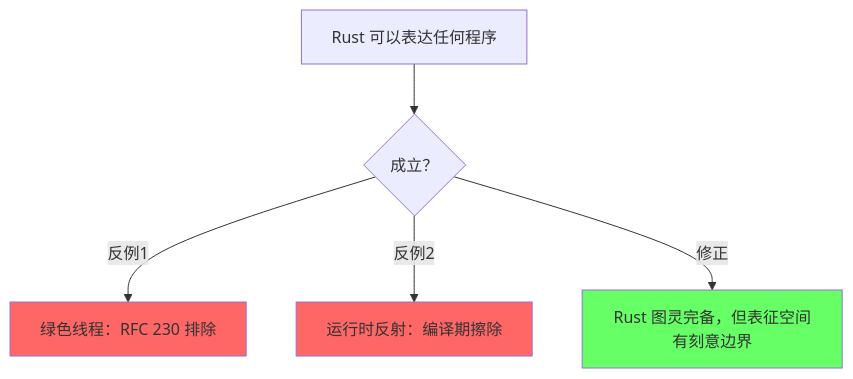
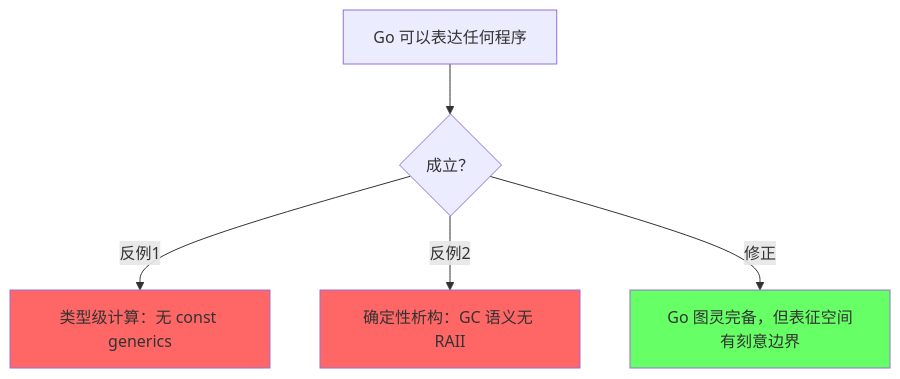
One commit to AdaMartin18010/golang changed the third of 5 diagrams in .kimi/templates/kimi_semantic_space_page_template.md. Above: the diagram before and after it, drawn with Mermaid. The commit also changed other lines of this file and 86 other files, not shown here.

````diff
--- a/.kimi/templates/kimi_semantic_space_page_template.md
+++ b/.kimi/templates/kimi_semantic_space_page_template.md
@@ -270,10 +297,10 @@
 ```mermaid
 graph TD
-    P1["Rust 可以表达任何程序"] --> Q1{成立？}
-    Q1 -->|反例1| C1_0["绿色线程：RFC 230 排除"]
-    Q1 -->|反例2| C1_1["运行时反射：编译期擦除"]
-    Q1 -->|修正| T1["Rust 图灵完备，但表征空间有刻意边界"]
+    P1["Go 可以表达任何程序"] --> Q1{成立？}
+    Q1 -->|反例1| C1_0["类型级计算：无 const generics"]
+    Q1 -->|反例2| C1_1["确定性析构：GC 语义无 RAII"]
+    Q1 -->|修正| T1["Go 图灵完备，但表征空间有刻意边界"]
     style C1_0 fill:#f66
     style C1_1 fill:#f66
     style T1 fill:#6f6
 ```
````
